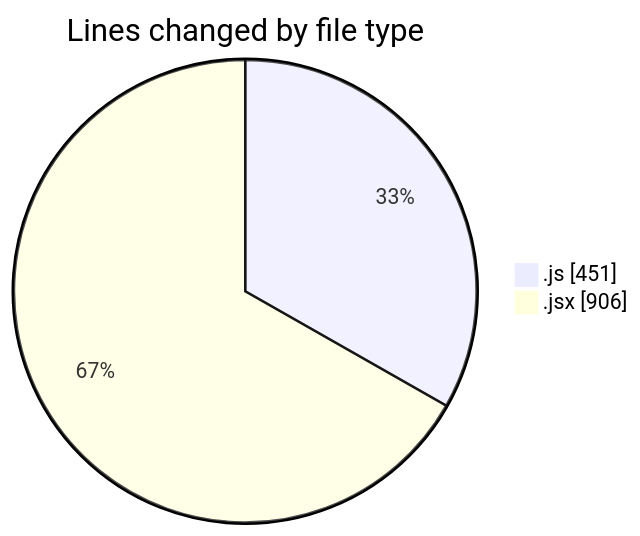
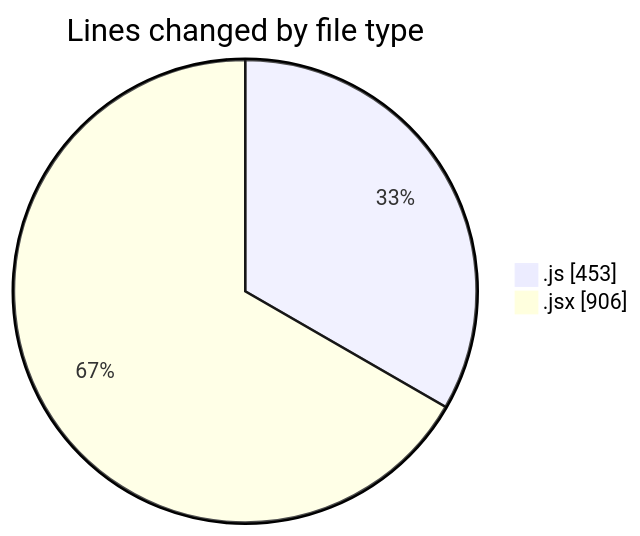
The first of 2 diagrams in 2025-01-13/termonied-web/README.md (robertbonfada/code-tracking), drawn with Mermaid before and after one commit. The commit also changed other lines of this file and 1 other file, not shown here.

````diff
--- a/2025-01-13/termonied-web/README.md
+++ b/2025-01-13/termonied-web/README.md
@@ -22,6 +22,6 @@
 ```mermaid
 pie showData
 title Lines changed by file type
-".js" : 451
+".js" : 453
 ".jsx" : 906
 ```
````
